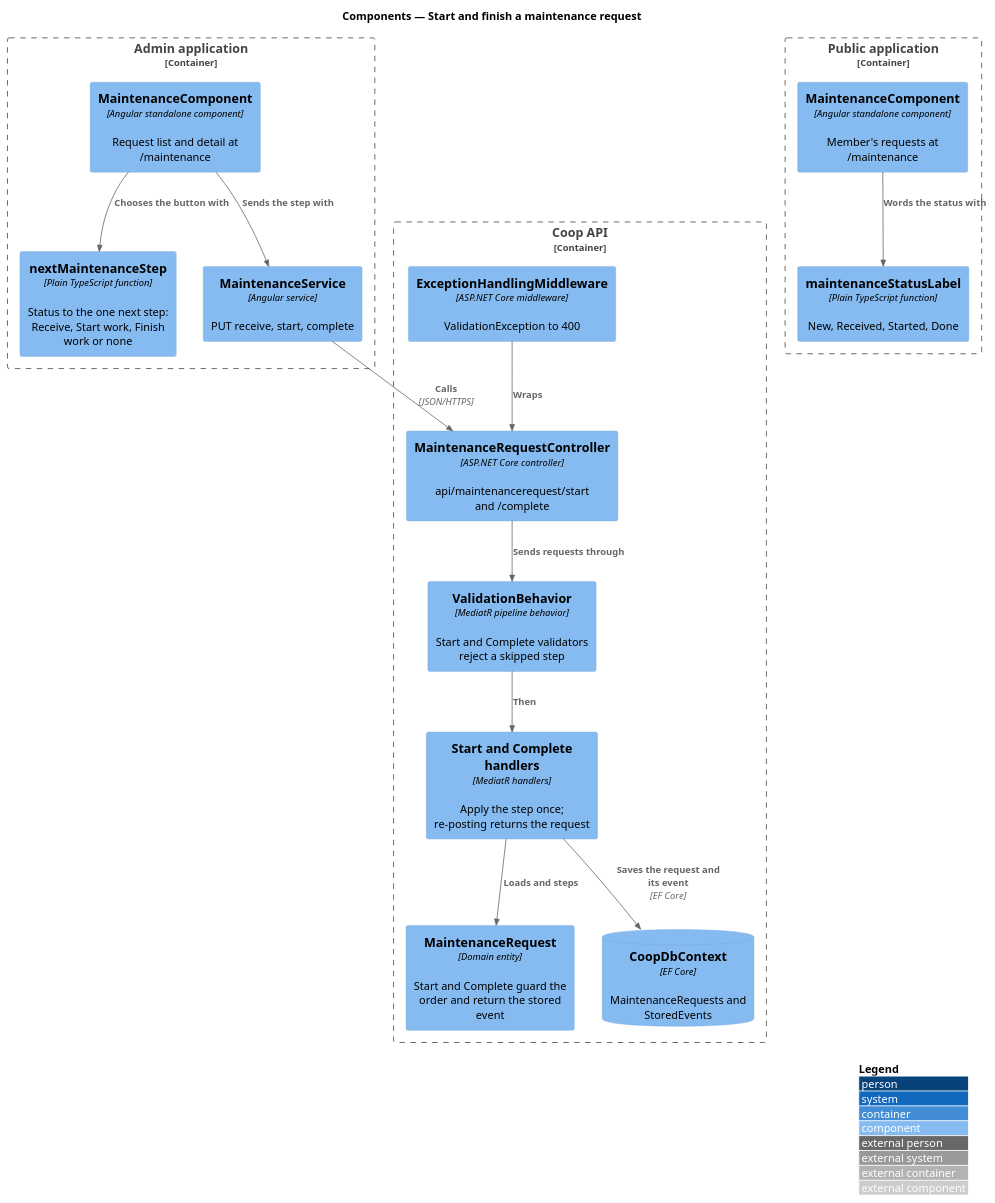
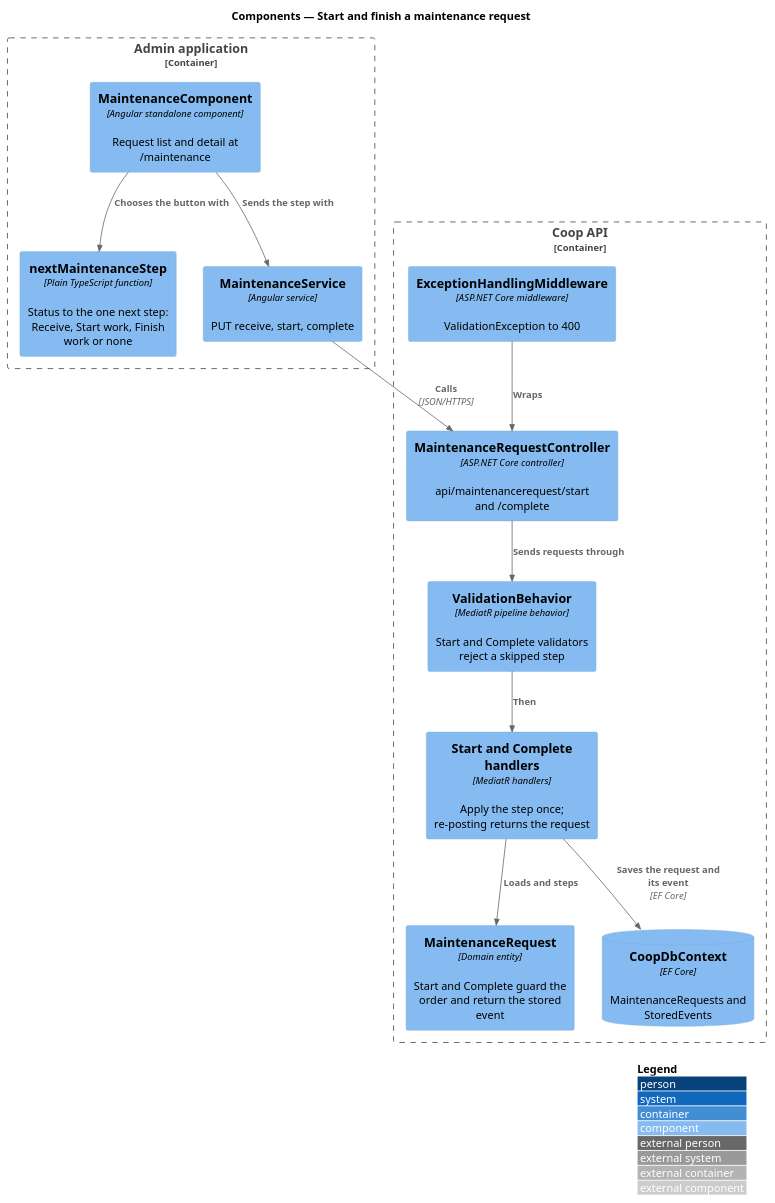
The diagram in docs/detailed-designs/admin-app/progress-maintenance-request/diagrams/c4-component.puml (QuinntyneBrown/Coop), drawn with PlantUML before and after one commit. The commit also changed 26 other files, not shown here.

```diff
--- a/docs/detailed-designs/admin-app/progress-maintenance-request/diagrams/c4-component.puml
+++ b/docs/detailed-designs/admin-app/progress-maintenance-request/diagrams/c4-component.puml
@@ -1,32 +1,27 @@
 @startuml
 !include <C4/C4_Component>
 LAYOUT_WITH_LEGEND()
 title Components — Start and finish a maintenance request
 
 Container_Boundary(adminApp, "Admin application") {
   Component(screen, "MaintenanceComponent", "Angular standalone component", "Request list and detail at /maintenance")
   Component(next, "nextMaintenanceStep", "Plain TypeScript function", "Status to the one next step: Receive, Start work, Finish work or none")
   Component(adminService, "MaintenanceService", "Angular service", "PUT receive, start, complete")
-}
-Container_Boundary(publicApp, "Public application") {
-  Component(memberScreen, "MaintenanceComponent", "Angular standalone component", "Member's requests at /maintenance")
-  Component(label, "maintenanceStatusLabel", "Plain TypeScript function", "New, Received, Started, Done")
 }
 Container_Boundary(api, "Coop API") {
   Component(controller, "MaintenanceRequestController", "ASP.NET Core controller", "api/maintenancerequest/start and /complete")
   Component(validation, "ValidationBehavior", "MediatR pipeline behavior", "Start and Complete validators reject a skipped step")
   Component(handlers, "Start and Complete handlers", "MediatR handlers", "Apply the step once; re-posting returns the request")
   Component(entity, "MaintenanceRequest", "Domain entity", "Start and Complete guard the order and return the stored event")
   Component(middleware, "ExceptionHandlingMiddleware", "ASP.NET Core middleware", "ValidationException to 400")
   ComponentDb(db, "CoopDbContext", "EF Core", "MaintenanceRequests and StoredEvents")
 }
 Rel(screen, next, "Chooses the button with")
 Rel(screen, adminService, "Sends the step with")
 Rel(adminService, controller, "Calls", "JSON/HTTPS")
-Rel(memberScreen, label, "Words the status with")
 Rel(controller, validation, "Sends requests through")
 Rel(validation, handlers, "Then")
 Rel(handlers, entity, "Loads and steps")
 Rel(handlers, db, "Saves the request and its event", "EF Core")
 Rel(middleware, controller, "Wraps")
 @enduml
```
